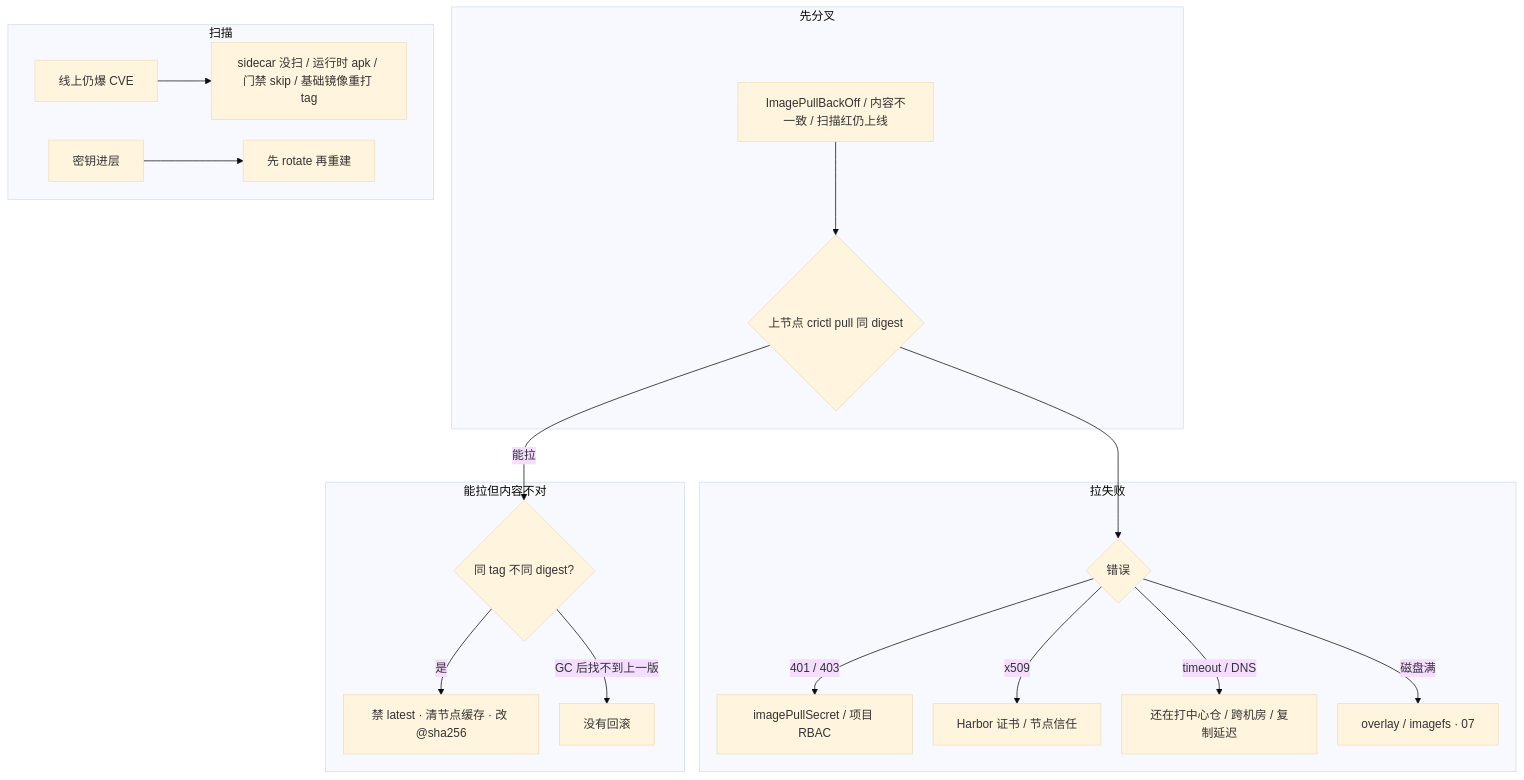
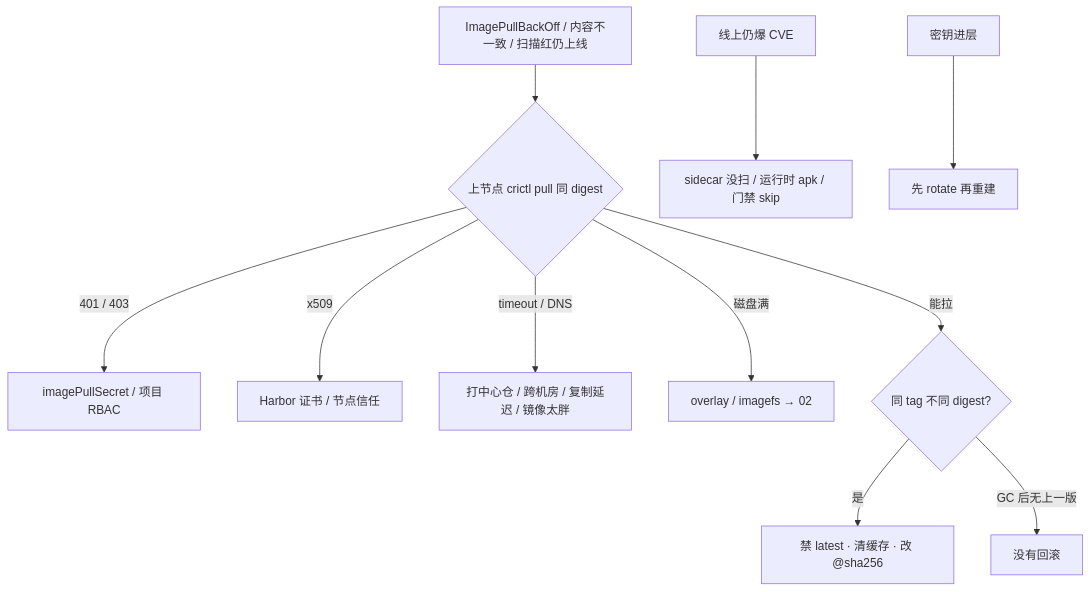
The fifth of 5 diagrams in 04-工程化与自动化/03-制品与镜像/知识点.md (ml-cuizijun/LearnToLilith), drawn with Mermaid before and after one commit. The commit also changed other lines of this file and 178 other files, not shown here.

````diff
--- a/04-工程化与自动化/03-制品与镜像/知识点.md
+++ b/04-工程化与自动化/03-制品与镜像/知识点.md
@@ -559,30 +413,13 @@
 ```mermaid
-%%{init: {"flowchart": {"padding": 16, "nodeSpacing": 28, "rankSpacing": 48}, "theme": "base"}}%%
 flowchart TB
-    subgraph gate ["先分叉"]
-        A[ImagePullBackOff / 内容不一致 / 扫描红仍上线] --> B{上节点 crictl pull 同 digest}
-    end
-
-    subgraph pull ["拉失败"]
-        B --> C{错误}
-        C -->|401 / 403| D[imagePullSecret / 项目 RBAC]
-        C -->|x509| E[Harbor 证书 / 节点信任]
-        C -->|timeout / DNS| F[还在打中心仓 / 跨机房 / 复制延迟]
-        C -->|磁盘满| G[overlay / imagefs · 07]
-    end
-
-    subgraph content ["能拉但内容不对"]
-        B -->|能拉| H{同 tag 不同 digest?}
-        H -->|是| I[禁 latest · 清节点缓存 · 改 @sha256]
-        H -->|GC 后找不到上一版| J[没有回滚]
-    end
-
-    subgraph scan ["扫描"]
-        K[线上仍爆 CVE] --> L[sidecar 没扫 / 运行时 apk / 门禁 skip / 基础镜像重打 tag]
-        M[密钥进层] --> N[先 rotate 再重建]
-    end
-
-    class F,J,N bad
-    class I ok
-
+    A[ImagePullBackOff / 内容不一致 / 扫描红仍上线] --> B{上节点 crictl pull 同 digest}
+    B -->|401 / 403| D[imagePullSecret / 项目 RBAC]
+    B -->|x509| E[Harbor 证书 / 节点信任]
+    B -->|timeout / DNS| F[打中心仓 / 跨机房 / 复制延迟 / 镜像太胖]
+    B -->|磁盘满| G[overlay / imagefs → 02]
+    B -->|能拉| H{同 tag 不同 digest?}
+    H -->|是| I[禁 latest · 清缓存 · 改 @sha256]
+    H -->|GC 后无上一版| J[没有回滚]
+    K[线上仍爆 CVE] --> L[sidecar 没扫 / 运行时 apk / 门禁 skip]
+    M[密钥进层] --> N[先 rotate 再重建]
 ```
````
